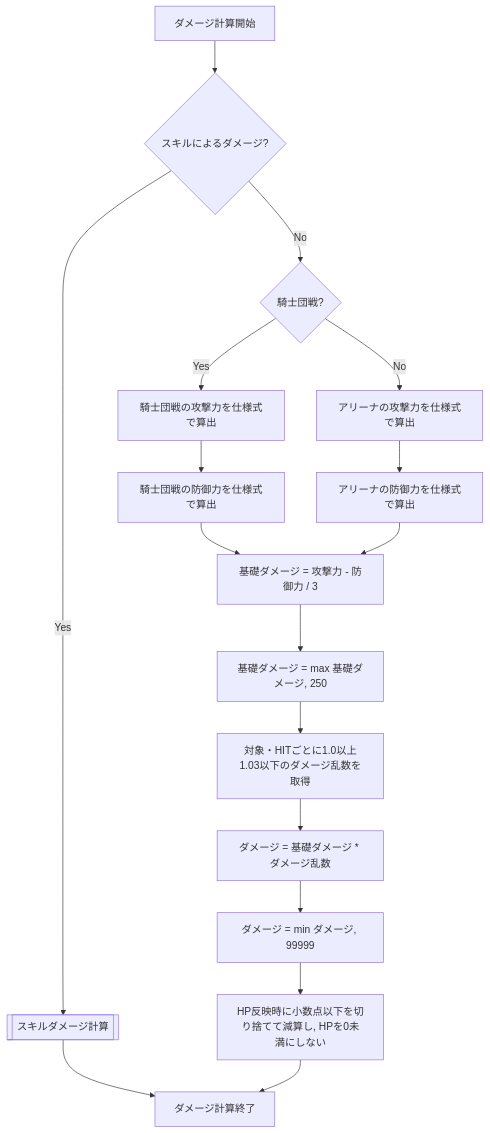
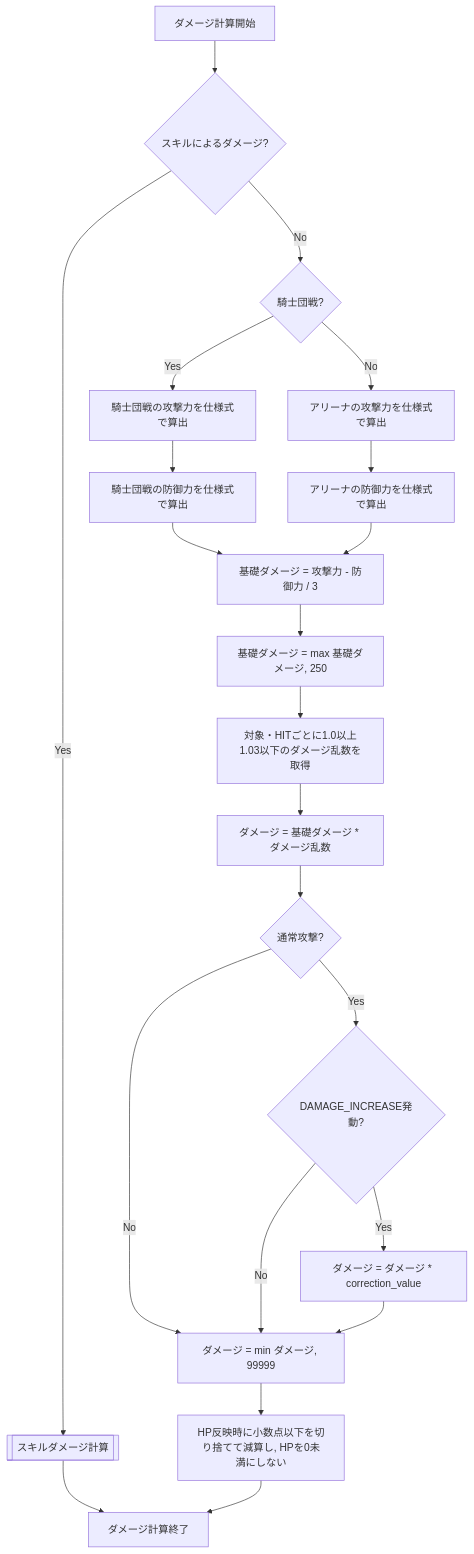
The second of 5 diagrams in design/game/battle.md (ReHydrangeaOdyssey/Specifications), drawn with Mermaid before and after one commit. The commit also changed other lines of this file and 22 other files, not shown here.

````diff
--- a/design/game/battle.md
+++ b/design/game/battle.md
@@ -59,24 +62,32 @@
 ```mermaid
 flowchart TD;
     Start[ダメージ計算開始];
     SkillDamage{スキルによるダメージ?};
     SkillFlow[[スキルダメージ計算]];
     Mode{騎士団戦?};
     GuildAttack[騎士団戦の攻撃力を仕様式で算出];
     GuildDefense[騎士団戦の防御力を仕様式で算出];
     ArenaAttack[アリーナの攻撃力を仕様式で算出];
     ArenaDefense[アリーナの防御力を仕様式で算出];
     BaseDamage[基礎ダメージ = 攻撃力 - 防御力 / 3];
     MinDamage[基礎ダメージ = max 基礎ダメージ, 250];
     Random[対象・HITごとに1.0以上1.03以下のダメージ乱数を取得];
     RandomDamage[ダメージ = 基礎ダメージ * ダメージ乱数];
+    CheckNormalAttack{通常攻撃?};
+    CheckDamageIncrease{DAMAGE_INCREASE発動?};
+    DamageIncrease[ダメージ = ダメージ * correction_value];
     MaxDamage[ダメージ = min ダメージ, 99999];
     Apply[HP反映時に小数点以下を切り捨てて減算し, HPを0未満にしない];
     End[ダメージ計算終了];
     Start --> SkillDamage;
     SkillDamage -- Yes --> SkillFlow --> End;
     SkillDamage -- No --> Mode;
     Mode -- Yes --> GuildAttack --> GuildDefense --> BaseDamage;
     Mode -- No --> ArenaAttack --> ArenaDefense --> BaseDamage;
-    BaseDamage --> MinDamage --> Random --> RandomDamage --> MaxDamage --> Apply --> End;
+    BaseDamage --> MinDamage --> Random --> RandomDamage --> CheckNormalAttack;
+    CheckNormalAttack -- No --> MaxDamage;
+    CheckNormalAttack -- Yes --> CheckDamageIncrease;
+    CheckDamageIncrease -- No --> MaxDamage;
+    CheckDamageIncrease -- Yes --> DamageIncrease --> MaxDamage;
+    MaxDamage --> Apply --> End;
 ```
````
